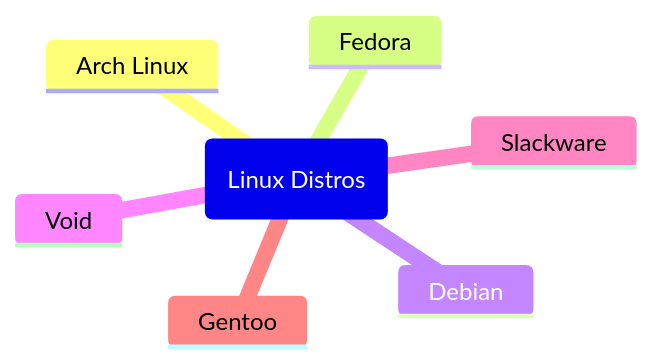
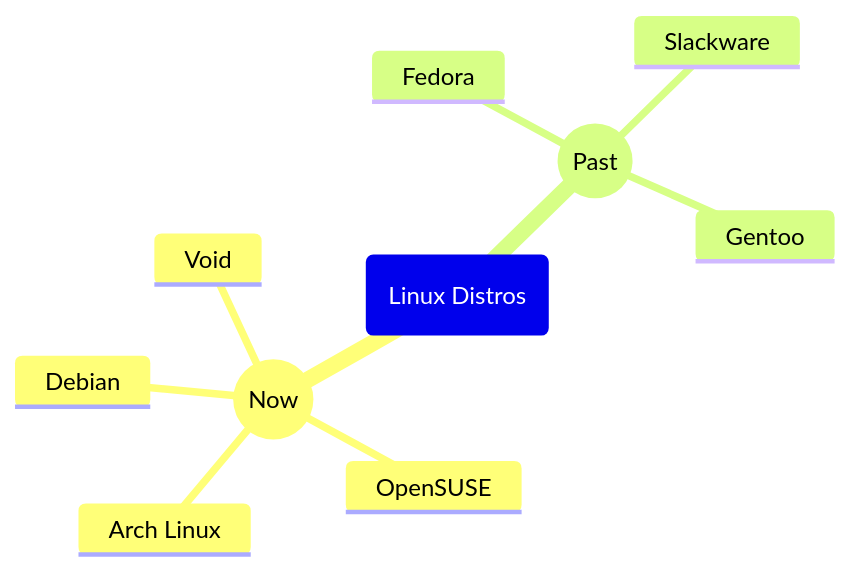
Before and after one commit to frefolli/frefolli: the third of 6 diagrams in README.md, drawn with Mermaid. The commit also changed other lines of this file and 1 other file, not shown here.

````diff
--- a/README.md
+++ b/README.md
@@ -29,10 +69,13 @@
 ```mermaid
 mindmap
   root(Linux Distros)
-    Arch Linux
-    Fedora
-    Debian
-    Void
-    Slackware
-    Gentoo
+    ((Now))
+      Arch Linux
+      OpenSUSE
+      Debian
+      Void
+    ((Past))
+      Fedora
+      Slackware
+      Gentoo
 ```
````
